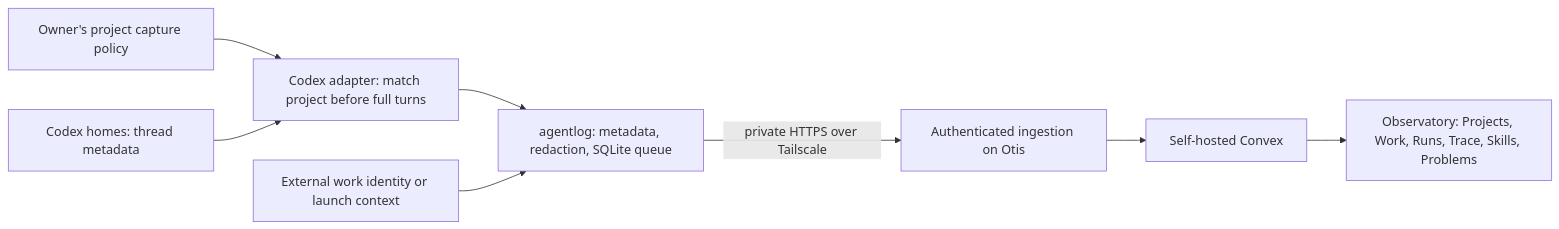
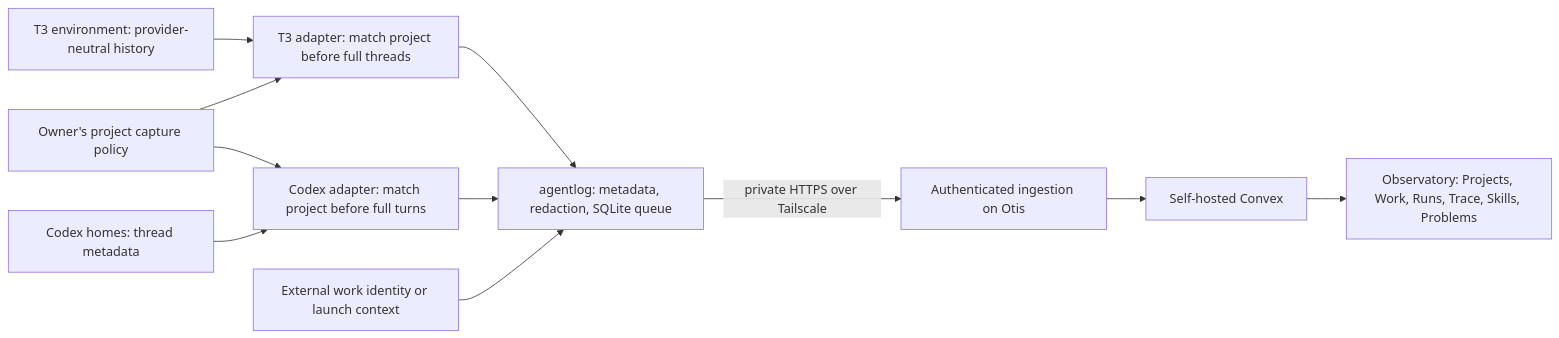
Before and after one commit to applification/astack: the diagram in docs/agent-observatory.md, drawn with Mermaid. The commit also changed other lines of this file and 14 other files, not shown here.

````diff
--- a/docs/agent-observatory.md
+++ b/docs/agent-observatory.md
@@ -5,10 +5,13 @@
 ```mermaid
 flowchart LR
   P[Owner's project capture policy] --> A
   C[Codex homes: thread metadata] --> A[Codex adapter: match project before full turns]
+  T[T3 environment: provider-neutral history] --> B[T3 adapter: match project before full threads]
+  P --> B
+  B --> L
   A --> L[agentlog: metadata, redaction, SQLite queue]
   L -->|private HTTPS over Tailscale| I[Authenticated ingestion on Otis]
   I --> V[Self-hosted Convex]
   V --> U[Observatory: Projects, Work, Runs, Trace, Skills, Problems]
   W[External work identity or launch context] --> L
 ```
````
